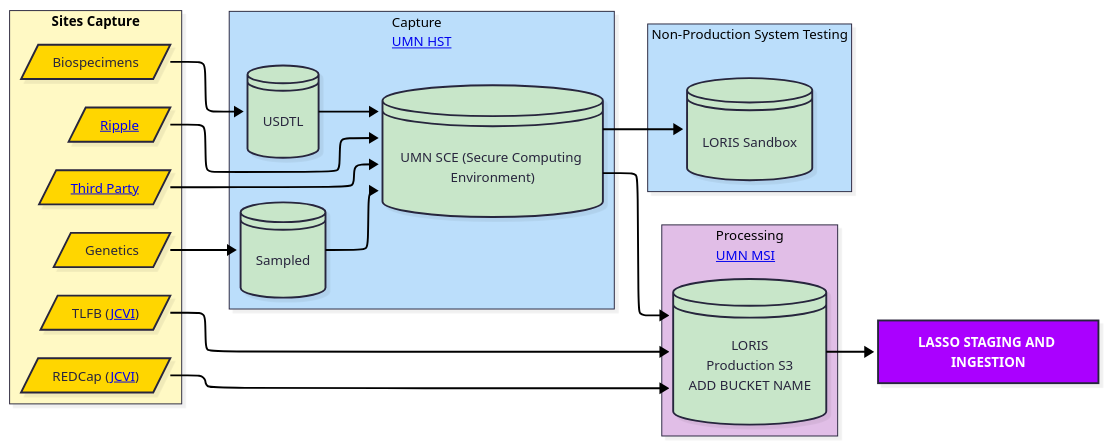
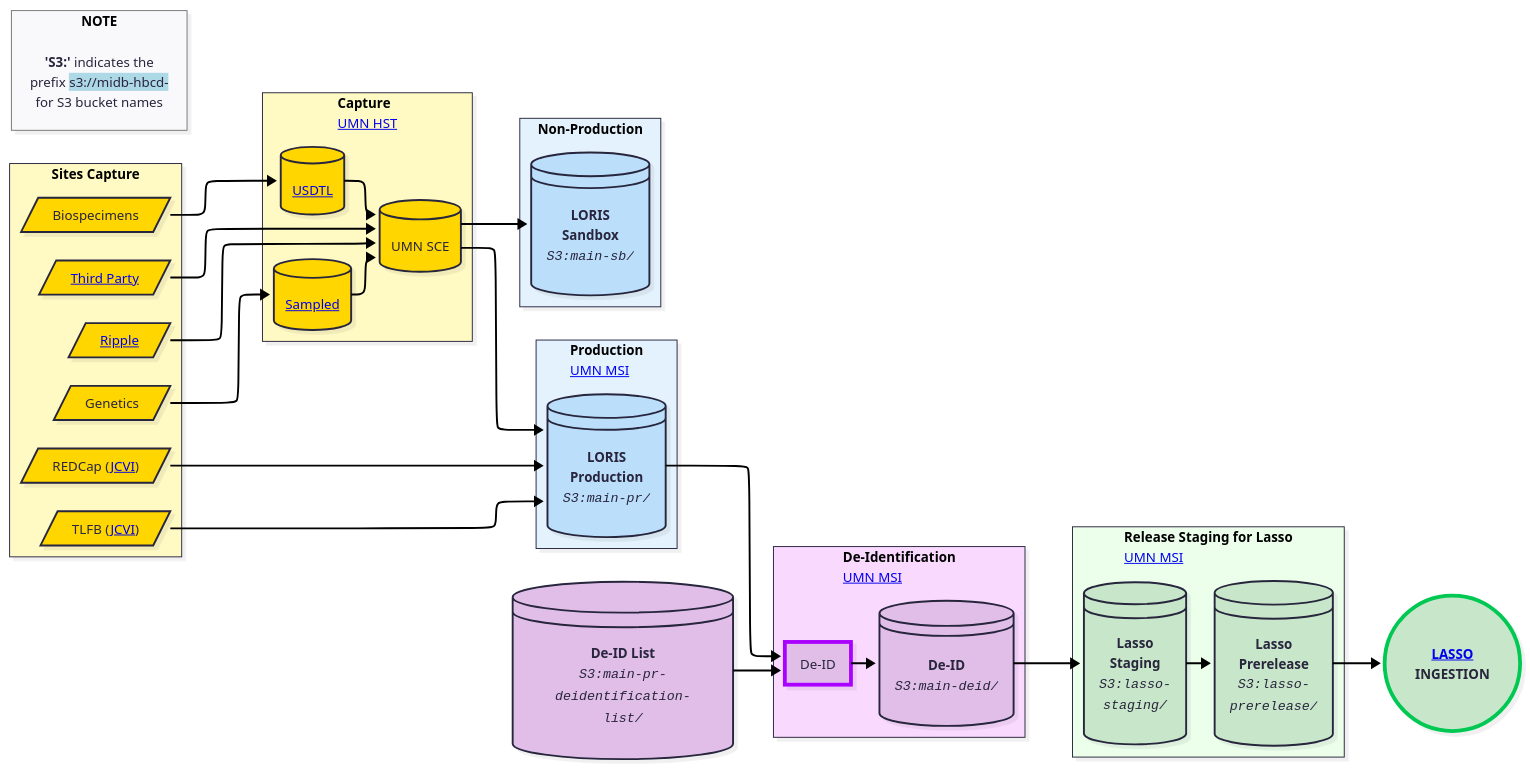
Before and after one commit to DCAN-Labs/hbcd-docs-internal: the diagram in src/mermaid/tab-wf.mmd, drawn with Mermaid. The commit also changed 68 other files, not shown here.

```diff
--- a/src/mermaid/tab-wf.mmd
+++ b/src/mermaid/tab-wf.mmd
@@ -1,63 +1,96 @@
 ---
 config:
   layout: elk
   look: neo
   theme: redux
 ---
 flowchart LR
  subgraph Capture_LORIS["<b>Sites Capture</b><br>"]
         n13@{ label: "REDCap (<a href=\"../../orgcharts/#j-craig-venter-institute\" rel=\"noopener\" target=\"_blank\">JCVI</a>)" }
         n14@{ label: "TLFB (<a href=\"../../orgcharts/#j-craig-venter-institute\" rel=\"noopener\" target=\"_blank\">JCVI</a>)" }
         n16@{ label: "<a href=\"../../orgcharts/#ripple\" rel=\"noopener\" target=\"_blank\">Ripple</a>" }
-        n17@{ label: "<a href=\"../proc-wf/#third-party\" target=\"_top\">Third Party</a>" }
+        n17@{ label: "<a href=\"#third-party\" target=\"_top\">Third Party</a>" }
         n18["Biospecimens"]
         n19["Genetics"]
   end
- subgraph s1["Processing<br><a href="../../orgcharts/#midb-informatics-hub-msi" target="_blank">UMN MSI</a>"]
-        n15["LORIS<br>Production S3<br>ADD BUCKET NAME"]
+ subgraph s1["<b>Production</b><br><a href=../../orgcharts/#midb-informatics-hub-msi rel=noopener target=_blank>UMN MSI</a>"]
+        n15@{ label: "<b>LORIS<br>Production</b><br><span style=\"color:\"><code><i>S3:main-pr/</i></code></span>" }
   end
- subgraph s2["Capture<br><a href="../../orgcharts/#health-sciences-technology" target="_blank">UMN HST</a>"]
-        n20["Sampled"]
-        n21["UMN SCE (Secure Computing Environment)"]
-        n22["USDTL"]
+ subgraph s2["<b>Capture</b><br><a href=../../orgcharts/#health-sciences-technology rel=noopener target=_blank>UMN HST</a>"]
+        n20@{ label: "<a href=\"https://sampled.com/\">Sampled</a>" }
+        n21["UMN SCE"]
+        n22@{ label: "<a href=\"https://www.usdtl.com/\">USDTL</a>" }
   end
- subgraph s3["Non-Production System Testing"]
-        n23["LORIS Sandbox"]
+ subgraph s3["<b>Non-Production</b>"]
+        n23["<b>LORIS<br>Sandbox</b><br><code><i>S3:main-sb/</i></code>"]
+  end
+ subgraph s4["<b>De-Identification</b><br><a href=../../orgcharts/#midb-informatics-hub-msi rel=noopener target=_blank>UMN MSI</a>"]
+        n25["De-ID"]
+        n26["<b>De-ID<br></b><code><i>S3:main-deid/</i></code>"]
+  end
+ subgraph s5["<b>Release Staging for Lasso</b><br><a href=../../orgcharts/#midb-informatics-hub-msi rel=noopener target=_blank>UMN MSI</a>"]
+        n27["<b>Lasso<br>Staging</b><br><code><i>S3:lasso-<br>staging/</i></code>"]
+        n28@{ label: "<b>Lasso<br>Prerelease<br></b><code><i><span style=\"background-color:\">S3:</span>lasso-<br>prerelease/</i></code>" }
+  end
+ subgraph s6["<b>NOTE</b>"]
+        legend@{ label: "<b>'S3:'</b> indicates the<br>prefix <span style=\"background-color:lightblue;\">s3://midb-hbcd-<br></span>for S3 bucket names" }
   end
     n13 --> n15
     n14 --> n15
     n16 --> n21
     n17 --> n21
     n19 --> n20
     n18 --> n22
     n20 --> n21
     n22 --> n21
     n21 --> n15 & n23
-    n15 --> n24["<b>LASSO STAGING AND INGESTION</b>"]
+    n15 --> n25
+    n25 --> n26
+    n27 --> n28
+    n26 --> n27
+    n29["<b>De-ID List<br></b><code><i>S3:main-pr-deidentification-<br>list/</i></code>"] --> n25
+    n28 --> n30@{ label: "<a href=\"../../orgcharts/#lasso\" rel=\"noopener\" target=\"_blank\"><b>LASSO</a><br>INGESTION</b>" }
     n13@{ shape: lean-r}
     n14@{ shape: lean-r}
     n16@{ shape: lean-r}
     n17@{ shape: lean-r}
     n18@{ shape: lean-r}
     n19@{ shape: lean-r}
     n15@{ shape: disk}
-    n20@{ shape: disk}
-    n21@{ shape: disk}
-    n22@{ shape: disk}
+    n20@{ shape: db}
+    n21@{ shape: db}
+    n22@{ shape: db}
     n23@{ shape: disk}
+    n25@{ shape: rect}
+    n26@{ shape: disk}
+    n27@{ shape: disk}
+    n28@{ shape: disk}
+    legend@{ shape: text}
+    n29@{ shape: disk}
+    n30@{ shape: circle}
+    s4@{ shape: rect}
+    s5@{ shape: rect}
     style n13 fill:#FFD600
     style n14 fill:#FFD600
     style n16 fill:#FFD600
     style n17 fill:#FFD600
     style n18 fill:#FFD600
     style n19 fill:#FFD600
-    style n15 fill:#C8E6C9
-    style n20 fill:#C8E6C9
-    style n21 fill:#C8E6C9
-    style n22 fill:#C8E6C9
-    style n23 fill:#C8E6C9
-    style n24 fill:#AA00FF,color:#FFFFFF
+    style n15 fill:#BBDEFB
+    style n20 fill:#FFD600
+    style n21 fill:#FFD600
+    style n22 fill:#FFD600
+    style n23 fill:#BBDEFB
+    style n25 fill:#E1BEE7,stroke:#AA00FF,stroke-width:4px,stroke-dasharray: 0
+    style n26 fill:#E1BEE7
+    style n27 fill:#C8E6C9
+    style n28 fill:#C8E6C9
+    style n29 fill:#E1BEE7
+    style n30 fill:#C8E6C9,stroke:#00C853,stroke-width:4px,stroke-dasharray: 0
+    style s4 fill:#FAD9FF
+    style s5 fill:#EBFFEB
     style Capture_LORIS fill:#FFF9C4
-    style s1 fill:#E1BEE7
-    style s2 fill:#BBDEFB
-    style s3 fill:#BBDEFB
+    style s1 fill:#E3F2FD
+    style s2 fill:#FFF9C4
+    style s3 fill:#E3F2FD
+    style s6 color:#000000,stroke:#757575
```
